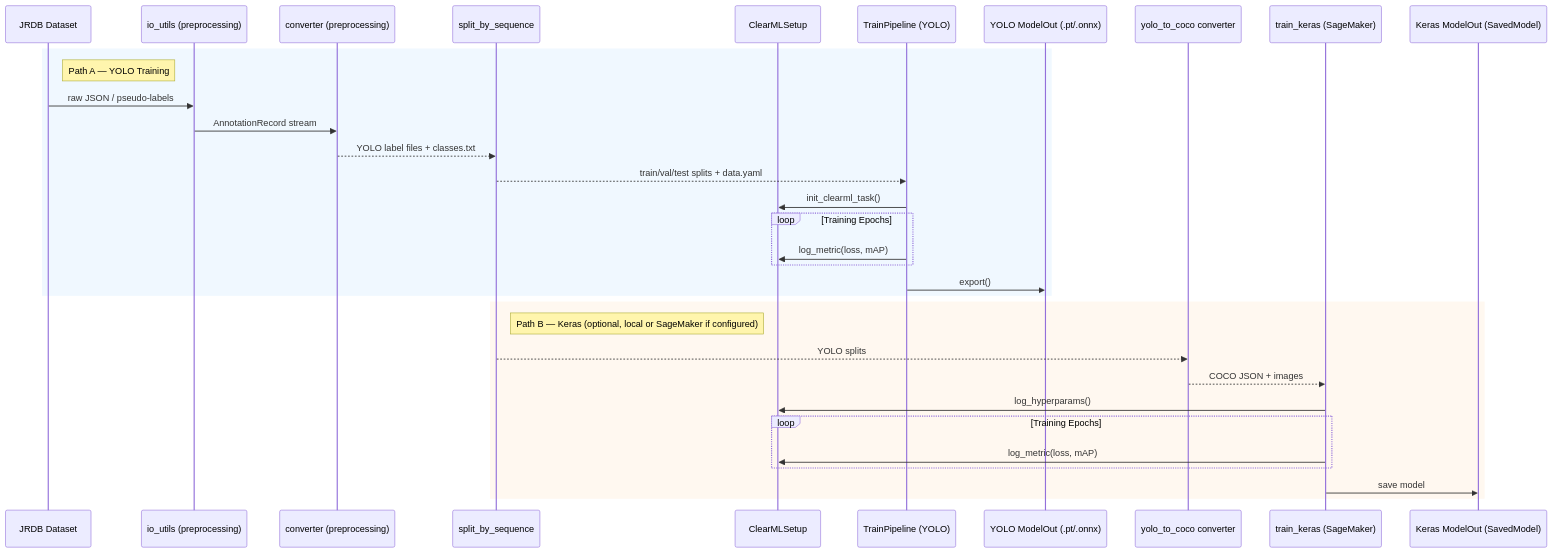
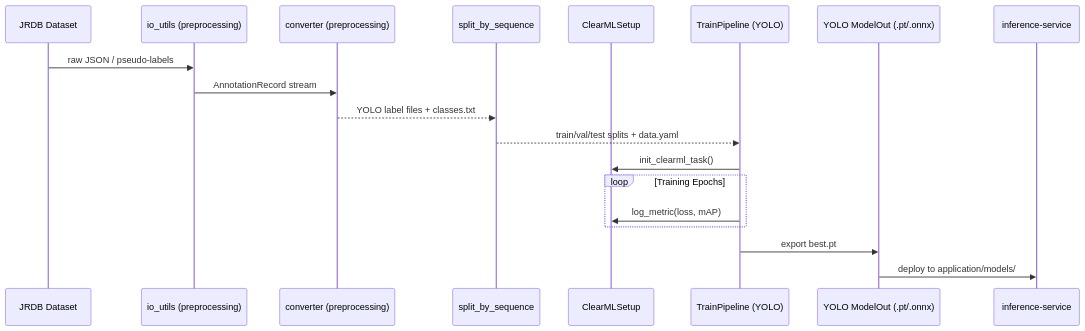
One commit to salieri009/DeepLearning42028UTS changed the fifth of 5 diagrams in README.md. Above: the diagram before and after it, drawn with Mermaid. The commit also changed other lines of this file and 13 other files, not shown here.

````diff
--- a/README.md
+++ b/README.md
@@ -551,37 +579,22 @@
 ```mermaid
 sequenceDiagram
     participant JRDB as JRDB Dataset
     participant IO as io_utils (preprocessing)
     participant Conv as converter (preprocessing)
     participant Split as split_by_sequence
     participant CML as ClearMLSetup
-
-    rect rgb(240,248,255)
-    note right of JRDB: Path A — YOLO Training
     participant TP as TrainPipeline (YOLO)
     participant YOut as YOLO ModelOut (.pt/.onnx)
+    participant INF as inference-service
+
     JRDB->>IO: raw JSON / pseudo-labels
     IO->>Conv: AnnotationRecord stream
     Conv-->>Split: YOLO label files + classes.txt
     Split-->>TP: train/val/test splits + data.yaml
     TP->>CML: init_clearml_task()
     loop Training Epochs
         TP->>CML: log_metric(loss, mAP)
     end
-    TP->>YOut: export()
-    end
-
-    rect rgb(255,248,240)
-    note right of Split: Path B — Keras (optional, local or SageMaker if configured)
-    participant COCO as yolo_to_coco converter
-    participant KT as train_keras (SageMaker)
-    participant KOut as Keras ModelOut (SavedModel)
-    Split-->>COCO: YOLO splits
-    COCO-->>KT: COCO JSON + images
-    KT->>CML: log_hyperparams()
-    loop Training Epochs
-        KT->>CML: log_metric(loss, mAP)
-    end
-    KT->>KOut: save model
-    end
+    TP->>YOut: export best.pt
+    YOut->>INF: deploy to application/models/
 ```
````
